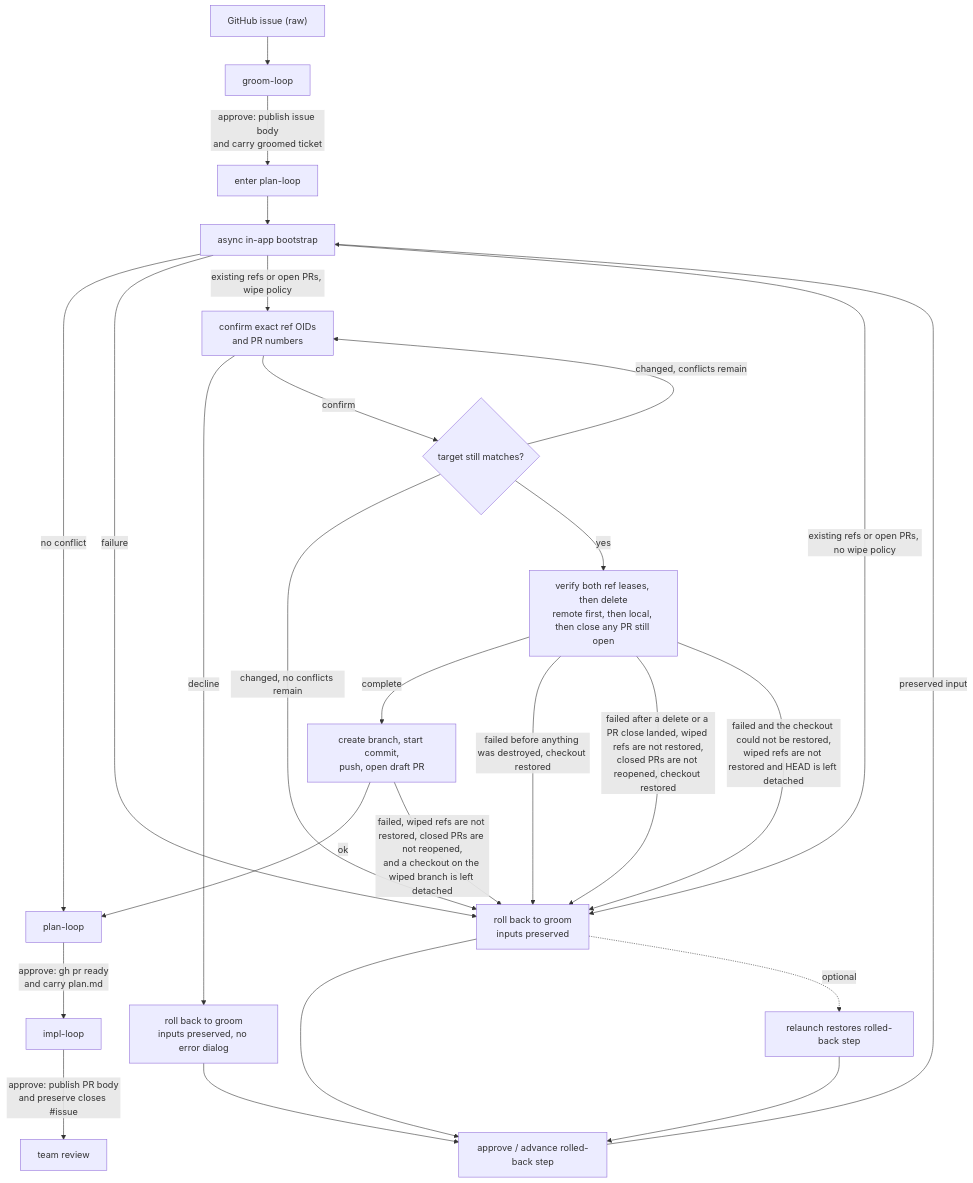
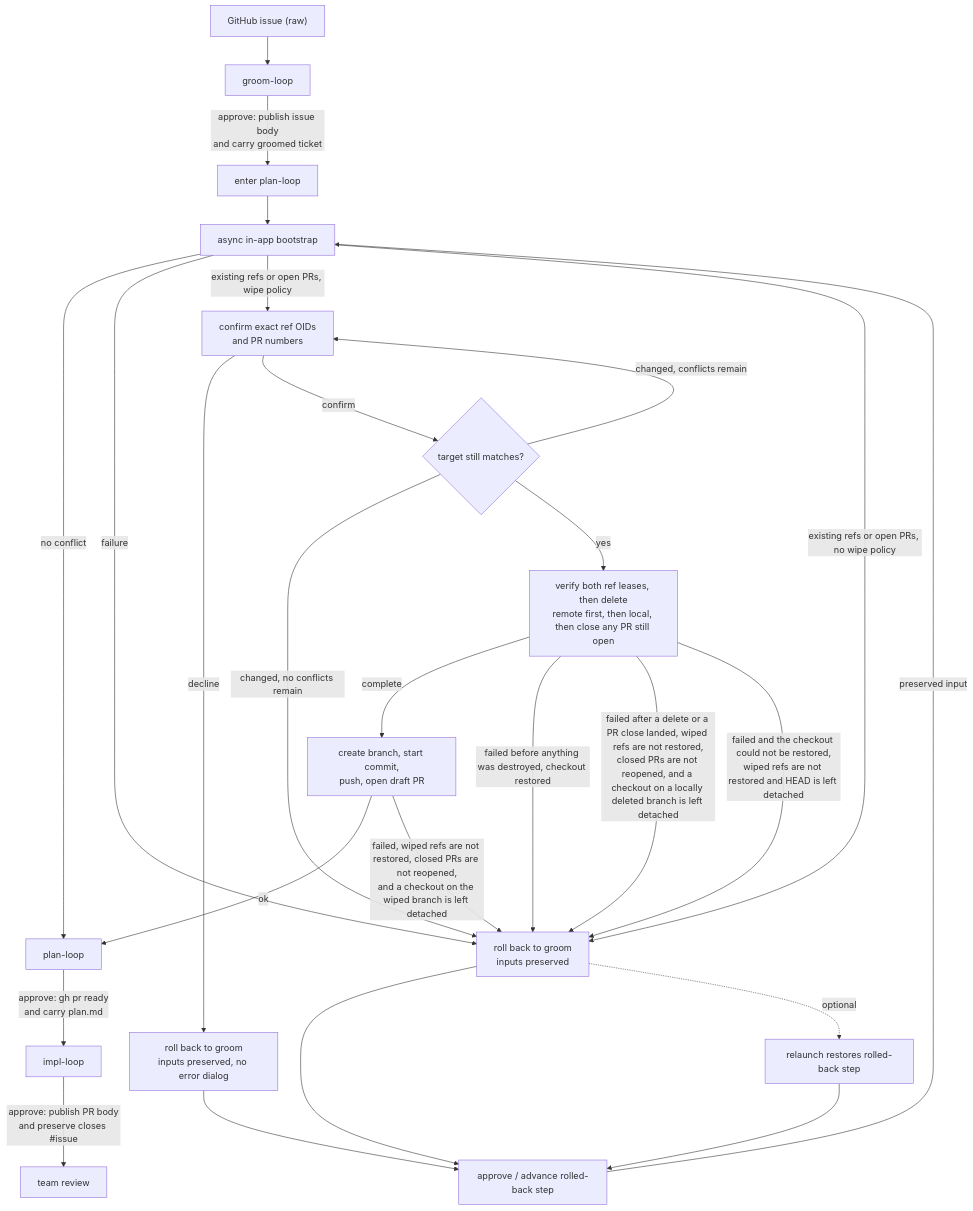
One commit to dylanb/agent-terminal changed the second of 2 diagrams in docs/spec/27-in-terminal-loop-engine-the-live-design.md. Above: the diagram before and after it, drawn with Mermaid.

Commit message:
docs(§27.10): the wipe leaves HEAD detached whenever the local delete lands [skip ci]
5f16032 restored the detached-checkout clause on the CREATE edge on the
right ground — restoreCheckout is reachable only from the catch, so the
success path returns with HEAD detached at the wiped oid, which
bootstrapPorts' 'detaches HEAD off the branch it is asked to delete'
already pins. The WIPE edge beside it still said "checkout restored",
false in exactly the same states: deleteBranch succeeds, then a PR close
throws, and nothing downstream puts HEAD back.

Phrased so it is vacuous rather than false when no local delete landed.
Fifth rewrite of these edges; the previous four each corrected one clause
without re-reading its sibling.

````diff
--- a/docs/spec/27-in-terminal-loop-engine-the-live-design.md
+++ b/docs/spec/27-in-terminal-loop-engine-the-live-design.md
@@ -134,28 +134,28 @@
 ```mermaid
 flowchart TD
   RAW["GitHub issue (raw)"] --> G["groom-loop"]
   G -->|"approve: publish issue body<br/>and carry groomed ticket"| PE["enter plan-loop"]
   PE --> BOOT["async in-app bootstrap"]
   BOOT -->|"no conflict"| P["plan-loop"]
   BOOT -->|"failure"| RB["roll back to groom<br/>inputs preserved"]
   BOOT -->|"existing refs or open PRs, wipe policy"| CF["confirm exact ref OIDs<br/>and PR numbers"]
   BOOT -->|"existing refs or open PRs, no wipe policy"| RB
   CF -->|"decline"| RBQ["roll back to groom<br/>inputs preserved, no error dialog"]
   CF -->|"confirm"| CHECK{"target still matches?"}
   CHECK -->|"changed, conflicts remain"| CF
   CHECK -->|"changed, no conflicts remain"| RB
   CHECK -->|"yes"| WIPE["verify both ref leases, then delete<br/>remote first, then local, then close any PR still open"]
   WIPE -->|"complete"| CREATE["create branch, start commit,<br/>push, open draft PR"]
   CREATE -->|"ok"| P
   CREATE -->|"failed, wiped refs are not restored, closed PRs are not reopened,<br/>and a checkout on the wiped branch is left detached"| RB
   WIPE -->|"failed before anything was destroyed, checkout restored"| RB
-  WIPE -->|"failed after a delete or a PR close landed, wiped refs are not restored,<br/>closed PRs are not reopened, checkout restored"| RB
+  WIPE -->|"failed after a delete or a PR close landed, wiped refs are not restored,<br/>closed PRs are not reopened, and a checkout on a locally deleted branch is left detached"| RB
   WIPE -->|"failed and the checkout could not be restored,<br/>wiped refs are not restored and HEAD is left detached"| RB
   RBQ --> RETRY
   RB --> RETRY["approve / advance rolled-back step"]
   RB -.->|"optional"| RELAUNCH["relaunch restores rolled-back step"]
   RELAUNCH --> RETRY
   RETRY -->|"preserved input"| BOOT
   P -->|"approve: gh pr ready<br/>and carry plan.md"| I["impl-loop"]
   I -->|"approve: publish PR body<br/>and preserve closes #issue"| TR["team review"]
 ```
````
